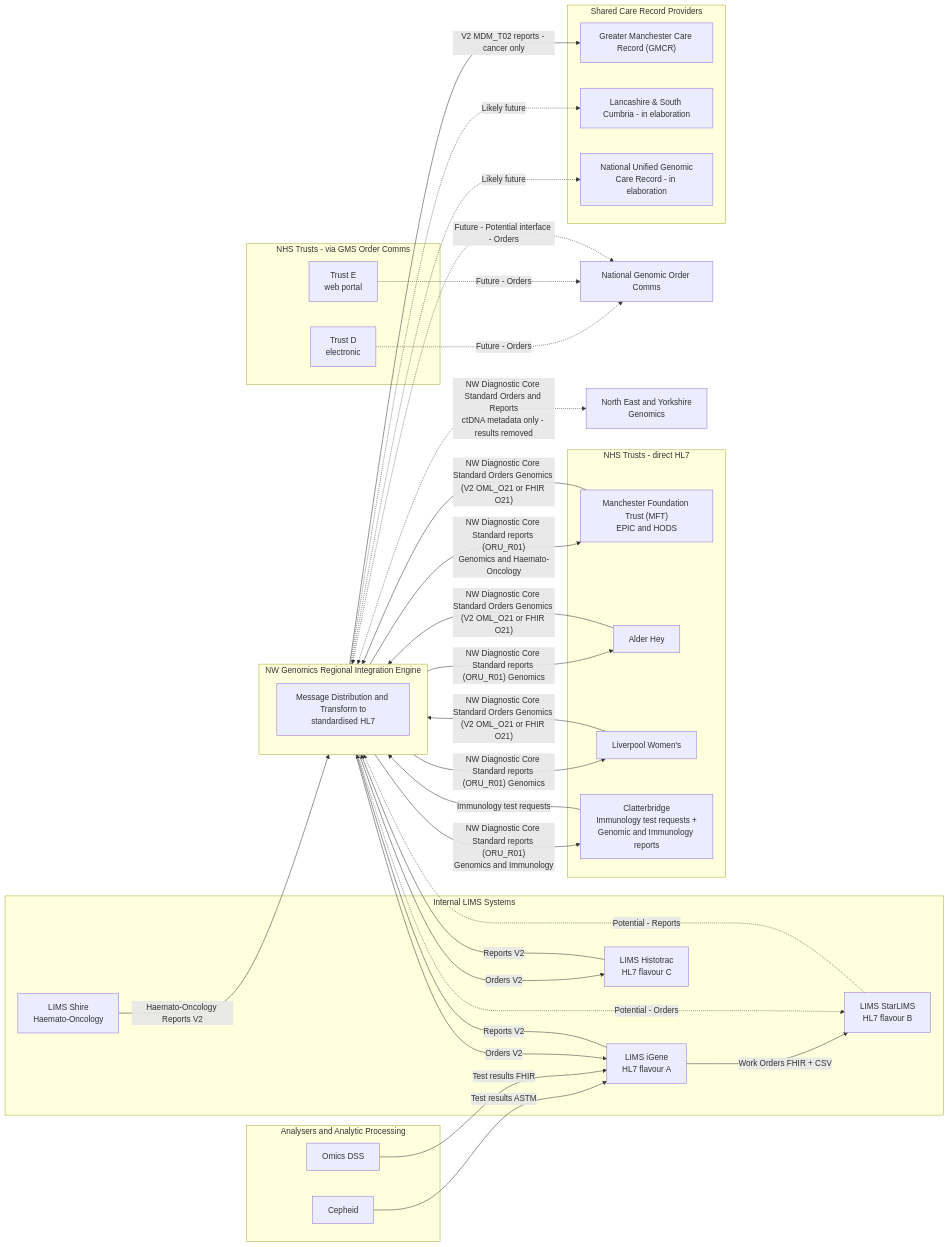
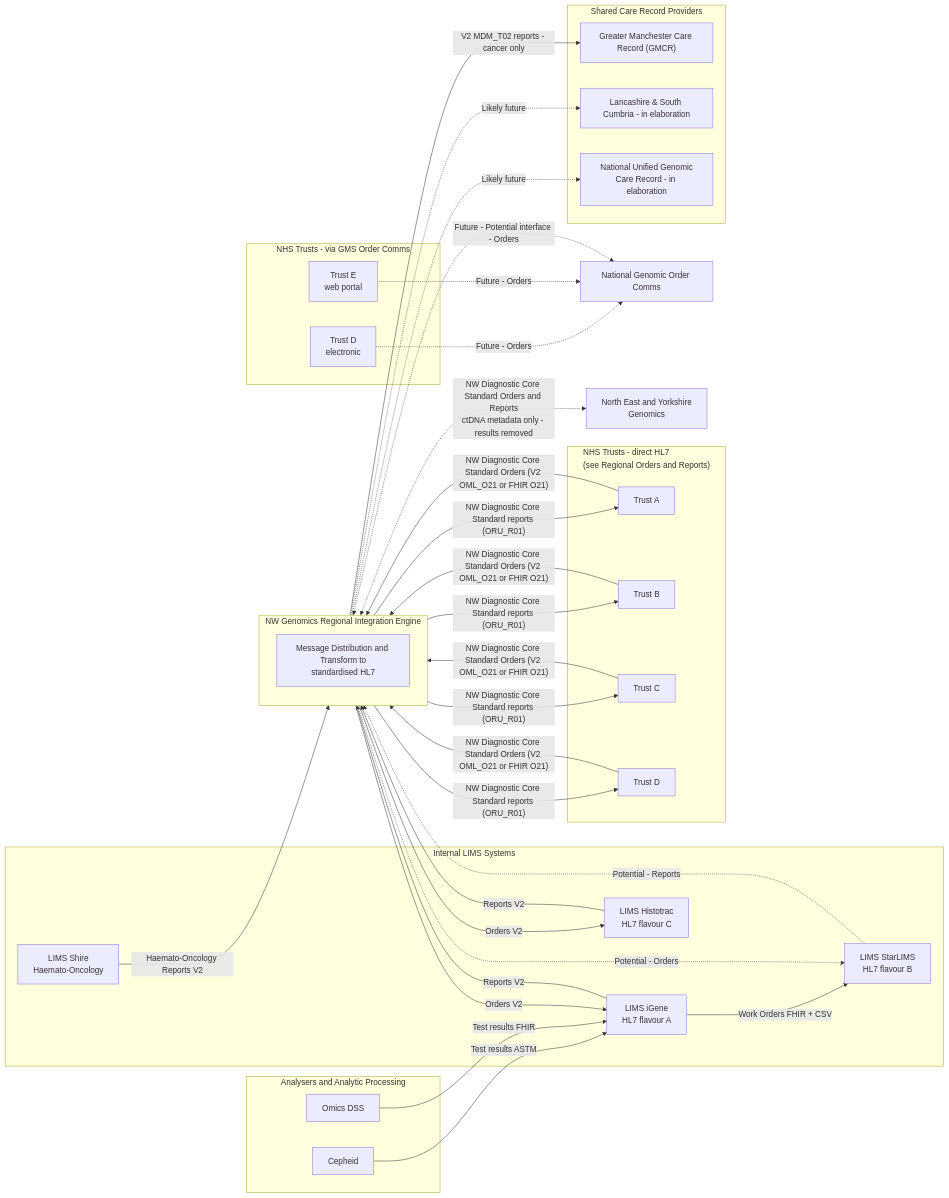
Before and after one commit to nw-gmsa/nw-gmsa.github.com: the sixth of 14 diagrams in input/pagecontent/overview.md, drawn with Mermaid. The commit also changed other lines of this file and 4 other files, not shown here.

First line of the commit message:
Split Regional Integration Engine and Regional Orders and Reports into separate use cases

````diff
--- a/input/pagecontent/overview.md
+++ b/input/pagecontent/overview.md
@@ -167,74 +245,74 @@
 ```mermaid
 flowchart LR
     subgraph LIMS["Internal LIMS Systems"]
         L1[LIMS iGene<br/>HL7 flavour A]
         L2[LIMS StarLIMS<br/>HL7 flavour B]
         L3[LIMS Histotrac<br/>HL7 flavour C]
         L4[LIMS Shire<br/>Haemato-Oncology]
     end
 
     subgraph TestResults["Analysers and Analytic Processing"]
         CEP[Cepheid]
         ODSS[Omics DSS]
     end
 
     subgraph RIE["NW Genomics Regional Integration Engine"]
         direction TB
         T[Message Distribution and Transform to<br/>standardised HL7]
     end
 
-    subgraph Trusts["NHS Trusts - direct HL7"]
-        TR1["Manchester Foundation Trust (MFT)<br/>EPIC and HODS"]
-        TR2[Alder Hey]
-        TR3[Liverpool Women's]
-        TR4[Clatterbridge<br/>Immunology test requests +<br/>Genomic and Immunology reports]
+    subgraph Trusts["NHS Trusts - direct HL7<br/>(see Regional Orders and Reports)"]
+        TR1[Trust A]
+        TR2[Trust B]
+        TR3[Trust C]
+        TR4[Trust D]
     end
 
     subgraph TrustsGMS["NHS Trusts - via GMS Order Comms"]
         TG1[Trust D<br/>electronic]
         TG2[Trust E<br/>web portal]
     end
 
     NOC[National Genomic Order Comms]
 
     subgraph SCR["Shared Care Record Providers"]
         SCR1["Greater Manchester Care Record (GMCR)"]
         SCR2[Lancashire & South Cumbria - in elaboration]
         SCR3[National Unified Genomic<br/>Care Record - in elaboration]
     end
 
     NEY[North East and Yorkshire<br/>Genomics]
 
     CEP -- Test results ASTM --> L1
     ODSS -- Test results FHIR --> L1
 
     L1 -- Work Orders FHIR + CSV --> L2
 
     L1 -- Reports V2 --> RIE
     L2 -. Potential - Reports .-> RIE
     L3 -- Reports V2 --> RIE
     L4 -- Haemato-Oncology Reports V2 --> RIE
-    RIE -- "NW Diagnostic Core Standard reports (ORU_R01)<br/>Genomics and Haemato-Oncology" --> TR1
-    RIE -- "NW Diagnostic Core Standard reports (ORU_R01) Genomics" --> TR2
-    RIE -- "NW Diagnostic Core Standard reports (ORU_R01) Genomics" --> TR3
-    RIE -- "NW Diagnostic Core Standard reports (ORU_R01)<br/>Genomics and Immunology" --> TR4
+    RIE -- "NW Diagnostic Core Standard reports (ORU_R01)" --> TR1
+    RIE -- "NW Diagnostic Core Standard reports (ORU_R01)" --> TR2
+    RIE -- "NW Diagnostic Core Standard reports (ORU_R01)" --> TR3
+    RIE -- "NW Diagnostic Core Standard reports (ORU_R01)" --> TR4
 
-    TR1 -- "NW Diagnostic Core Standard Orders Genomics (V2 OML_O21 or FHIR O21)" --> RIE
-    TR2 -- "NW Diagnostic Core Standard Orders Genomics (V2 OML_O21 or FHIR O21)" --> RIE
-    TR3 -- "NW Diagnostic Core Standard Orders Genomics (V2 OML_O21 or FHIR O21)" --> RIE
-    TR4 -- Immunology test requests --> RIE
+    TR1 -- "NW Diagnostic Core Standard Orders (V2 OML_O21 or FHIR O21)" --> RIE
+    TR2 -- "NW Diagnostic Core Standard Orders (V2 OML_O21 or FHIR O21)" --> RIE
+    TR3 -- "NW Diagnostic Core Standard Orders (V2 OML_O21 or FHIR O21)" --> RIE
+    TR4 -- "NW Diagnostic Core Standard Orders (V2 OML_O21 or FHIR O21)" --> RIE
     RIE -- Orders V2 --> L1
     RIE -. Potential - Orders .-> L2
     RIE -- Orders V2 --> L3
 
     RIE <-. Future - Potential interface - Orders .-> NOC
 
     TG1 -. Future - Orders .-> NOC
     TG2 -. Future - Orders .-> NOC
 
     RIE -- V2 MDM_T02 reports - cancer only --> SCR1
     RIE -. Likely future .-> SCR2
     RIE -. Likely future .-> SCR3
 
     RIE <-. NW Diagnostic Core Standard Orders and Reports<br/>ctDNA metadata only - results removed .-> NEY
 ```
````
